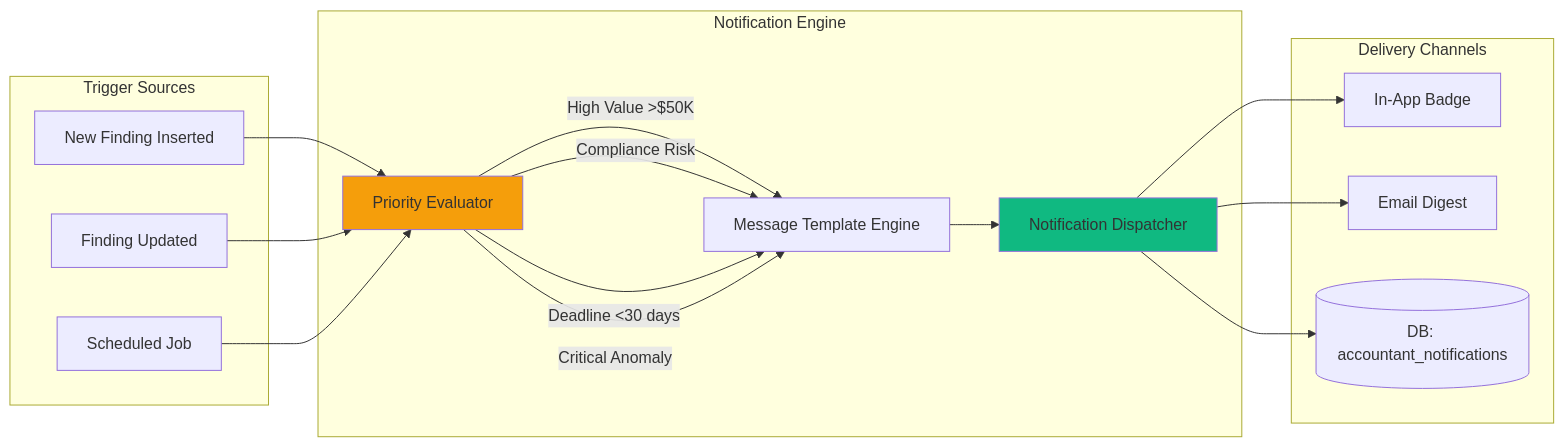
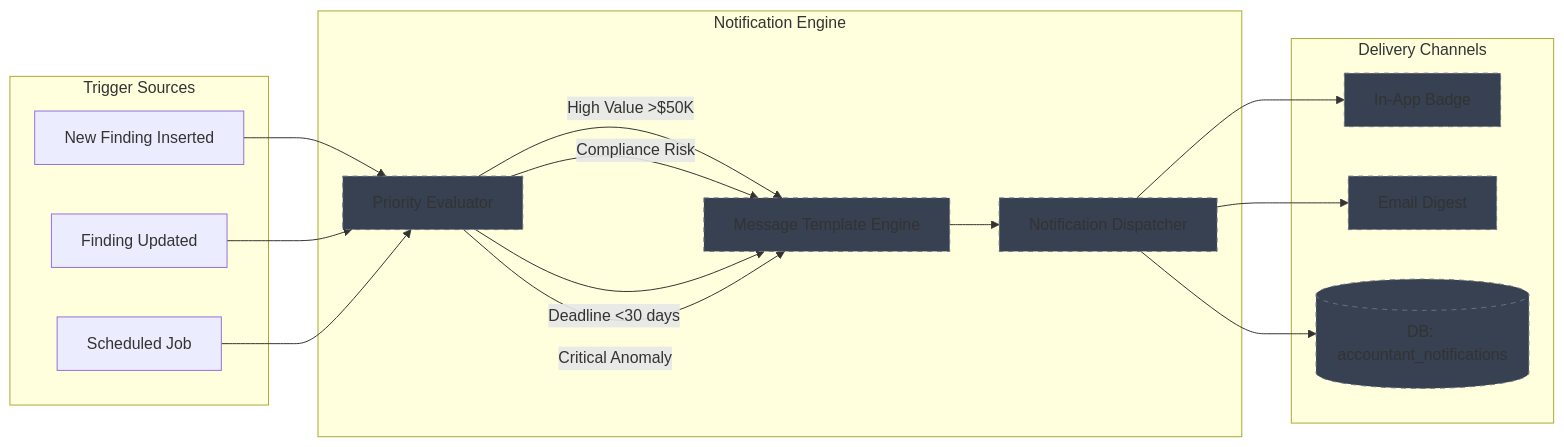
One commit to CleanExpo/ATO changed the sixth of 15 diagrams in docs/diagrams/accountant-workflow-system.md. Above: the diagram before and after it, drawn with Mermaid. The commit also changed other lines of this file and 4 other files, not shown here.

First line of the commit message:
Update accountant workflow architecture docs to match implementation (ORCH-ACC-001)

````diff
--- a/docs/diagrams/accountant-workflow-system.md
+++ b/docs/diagrams/accountant-workflow-system.md
@@ -161,38 +274,37 @@
 ```mermaid
 graph LR
     subgraph "Trigger Sources"
         INSERT[New Finding Inserted]
         UPDATE[Finding Updated]
         TIMER[Scheduled Job]
     end
 
     subgraph "Notification Engine"
-        EVALUATOR[Priority Evaluator]
-        TEMPLATE[Message Template Engine]
-        DISPATCHER[Notification Dispatcher]
+        EVALUATOR[Priority Evaluator]:::planned
+        TEMPLATE[Message Template Engine]:::planned
+        DISPATCHER[Notification Dispatcher]:::planned
     end
 
     subgraph "Delivery Channels"
-        IN_APP[In-App Badge]
-        EMAIL[Email Digest]
-        DB_NOTIF[(DB: accountant_notifications)]
+        IN_APP[In-App Badge]:::planned
+        EMAIL[Email Digest]:::planned
+        DB_NOTIF[(DB: accountant_notifications)]:::planned
     end
 
     INSERT --> EVALUATOR
     UPDATE --> EVALUATOR
     TIMER --> EVALUATOR
 
     EVALUATOR -->|High Value >$50K| TEMPLATE
     EVALUATOR -->|Compliance Risk| TEMPLATE
     EVALUATOR -->|Deadline <30 days| TEMPLATE
     EVALUATOR -->|Critical Anomaly| TEMPLATE
 
     TEMPLATE --> DISPATCHER
 
     DISPATCHER --> IN_APP
     DISPATCHER --> EMAIL
     DISPATCHER --> DB_NOTIF
 
-    style EVALUATOR fill:#f59e0b
-    style DISPATCHER fill:#10b981
+    classDef planned fill:#374151,stroke:#6b7280,stroke-dasharray: 5 5
 ```
````
